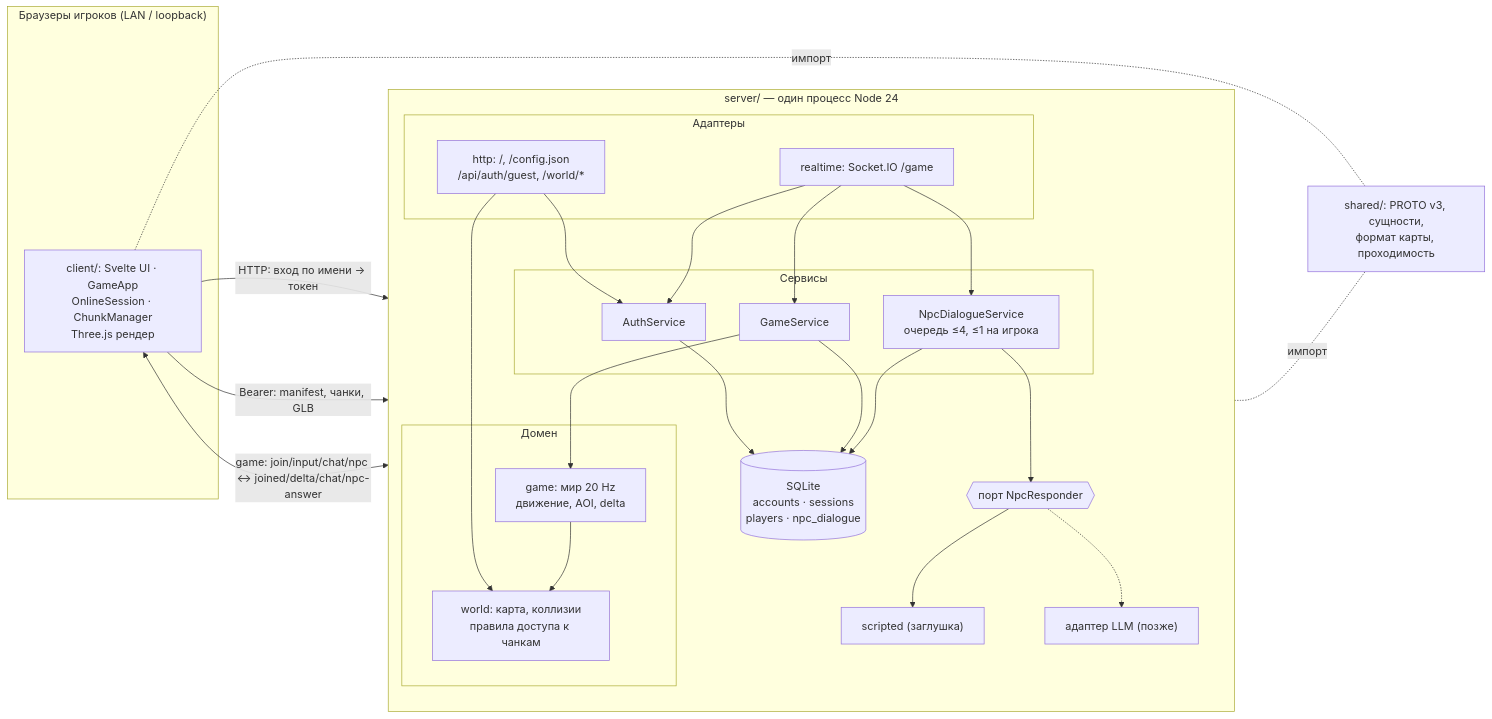
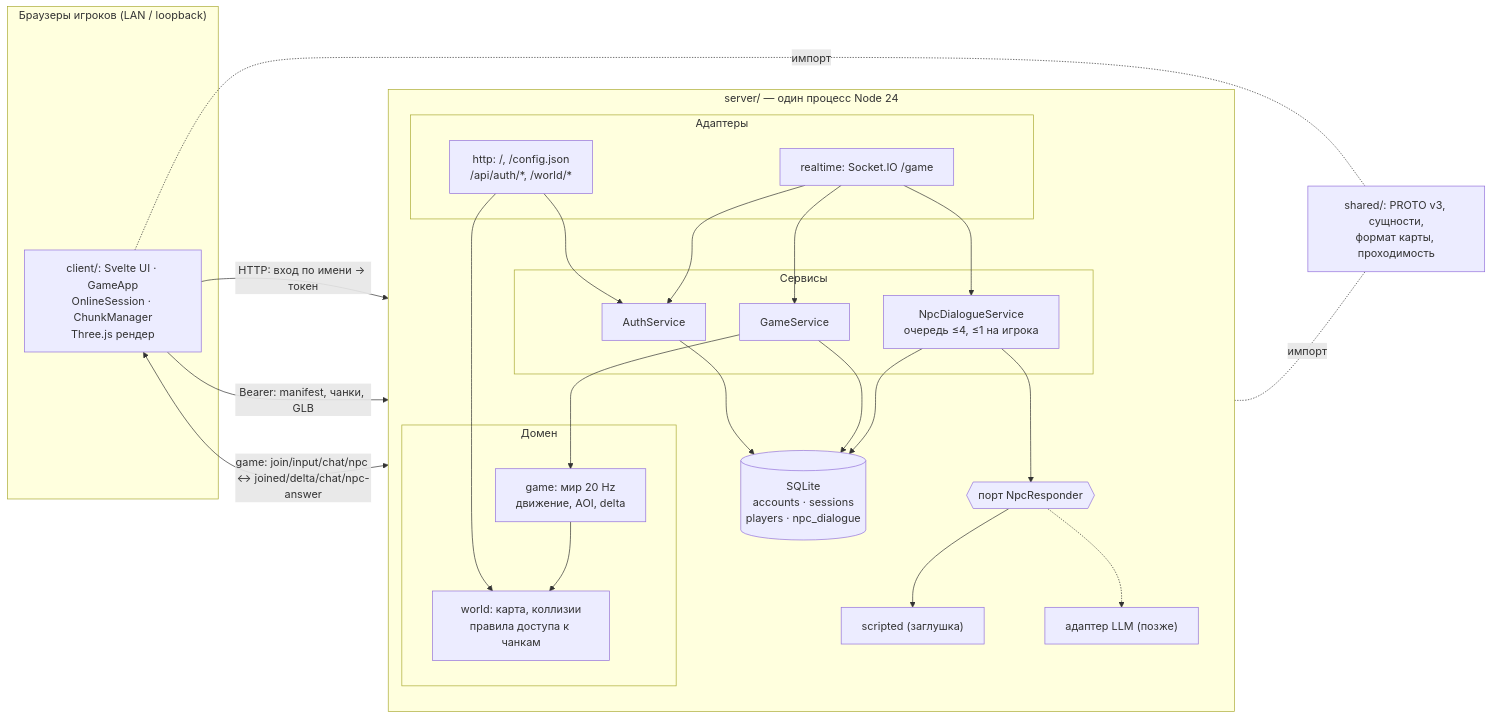
The diagram in architecture.md (Nisakoo/Kuda-Nazimat-2026), drawn with Mermaid before and after one commit. The commit also changed other lines of this file and 121 other files, not shown here.

````diff
--- a/architecture.md
+++ b/architecture.md
@@ -78,45 +78,45 @@
 ```mermaid
 flowchart LR
   subgraph Browsers["Браузеры игроков (LAN / loopback)"]
     C["client/: Svelte UI · GameApp\nOnlineSession · ChunkManager\nThree.js рендер"]
   end
   subgraph Server["server/ — один процесс Node 24"]
     direction TB
     subgraph Adapters["Адаптеры"]
-      HTTP["http: /, /config.json\n/api/auth/guest, /world/*"]
+      HTTP["http: /, /config.json\n/api/auth/*, /world/*"]
       RT["realtime: Socket.IO /game"]
     end
     subgraph Services["Сервисы"]
       AUTH["AuthService"]
       GAME["GameService"]
       NPCS["NpcDialogueService\nочередь ≤4, ≤1 на игрока"]
     end
     subgraph Domain["Домен"]
       WORLD["game: мир 20 Hz\nдвижение, AOI, delta"]
       MAP["world: карта, коллизии\nправила доступа к чанкам"]
     end
     DB[("SQLite\naccounts · sessions\nplayers · npc_dialogue")]
     PORT{{"порт NpcResponder"}}
     STUB["scripted (заглушка)"]
     LLM["адаптер LLM (позже)"]
   end
   SHARED["shared/: PROTO v3, сущности,\nформат карты, проходимость"]
   C -- "HTTP: вход по имени → токен" --> HTTP
   C -- "Bearer: manifest, чанки, GLB" --> HTTP
   C <-- "game: join/input/chat/npc ↔ joined/delta/chat/npc-answer" --> RT
   HTTP --> AUTH
   HTTP --> MAP
   RT --> AUTH
   RT --> GAME
   RT --> NPCS
   GAME --> WORLD
   WORLD --> MAP
   AUTH --> DB
   GAME --> DB
   NPCS --> DB
   NPCS --> PORT
   PORT --> STUB
   PORT -.-> LLM
   C -. "импорт" .- SHARED
   Server -. "импорт" .- SHARED
 ```
````
